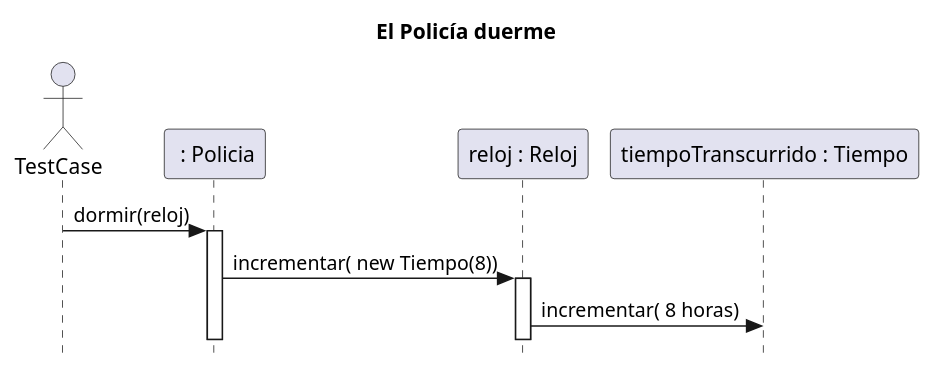
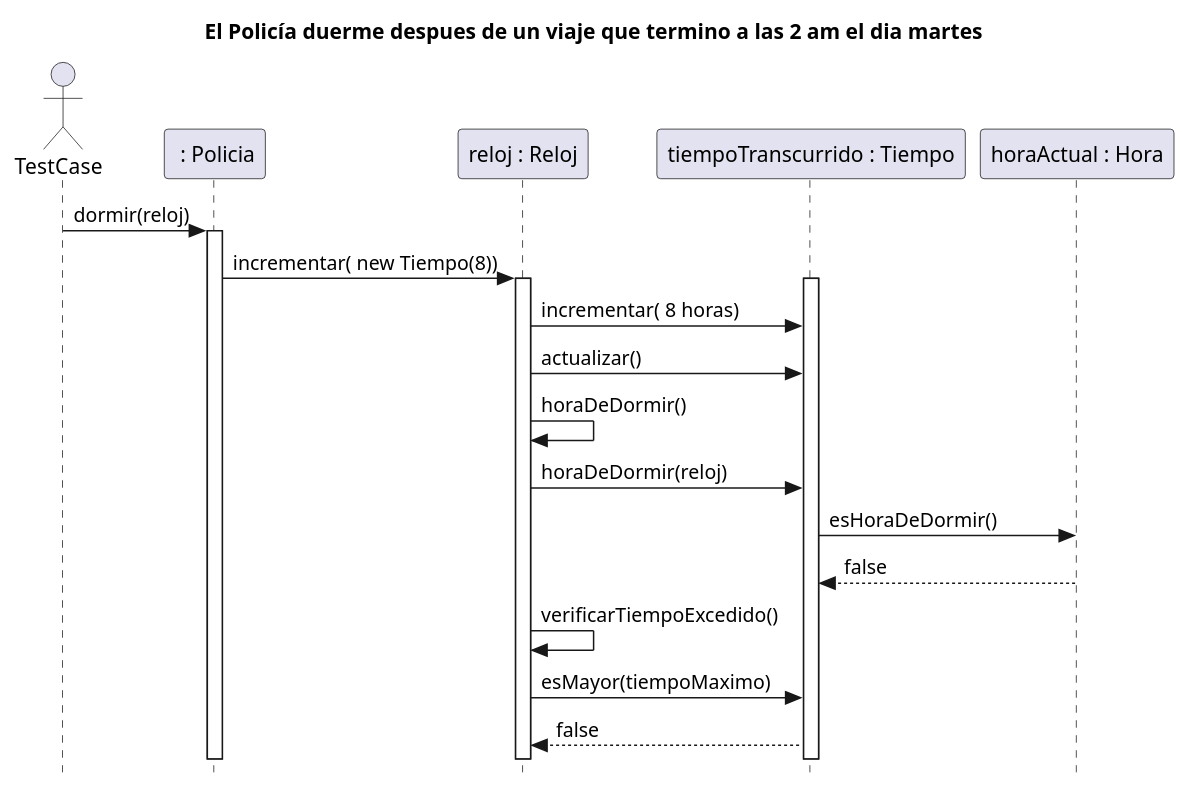
The diagram in diagrams/sequences/PoliciaDuerme.puml (martinanus/algo3_tp2), drawn with PlantUML before and after one commit. The commit also changed 7 other files, not shown here.

```diff
--- a/diagrams/sequences/PoliciaDuerme.puml
+++ b/diagrams/sequences/PoliciaDuerme.puml
@@ -1,18 +1,29 @@
 @startuml
 skinparam style strictuml
-title:  El Policía duerme
+title:  El Policía duerme despues de un viaje que termino a las 2 am el dia martes
 
 actor TestCase
 
 participant " : Policia" as jugador
 participant "reloj : Reloj" as reloj
 participant "tiempoTranscurrido : Tiempo" as tiempo
-
+participant "horaActual : Hora" as hora
 
 TestCase -> jugador: dormir(reloj)
 activate jugador
 jugador -> reloj: incrementar( new Tiempo(8))
 activate reloj
+activate tiempo
 reloj -> tiempo: incrementar( 8 horas)
+reloj -> tiempo: actualizar()
+
+reloj -> reloj: horaDeDormir()
+reloj -> tiempo:horaDeDormir(reloj)
+tiempo -> hora : esHoraDeDormir()
+hora --> tiempo: false
+reloj -> reloj: verificarTiempoExcedido()
+reloj -> tiempo: esMayor(tiempoMaximo)
+tiempo --> reloj: false
+
 
 @enduml
```
